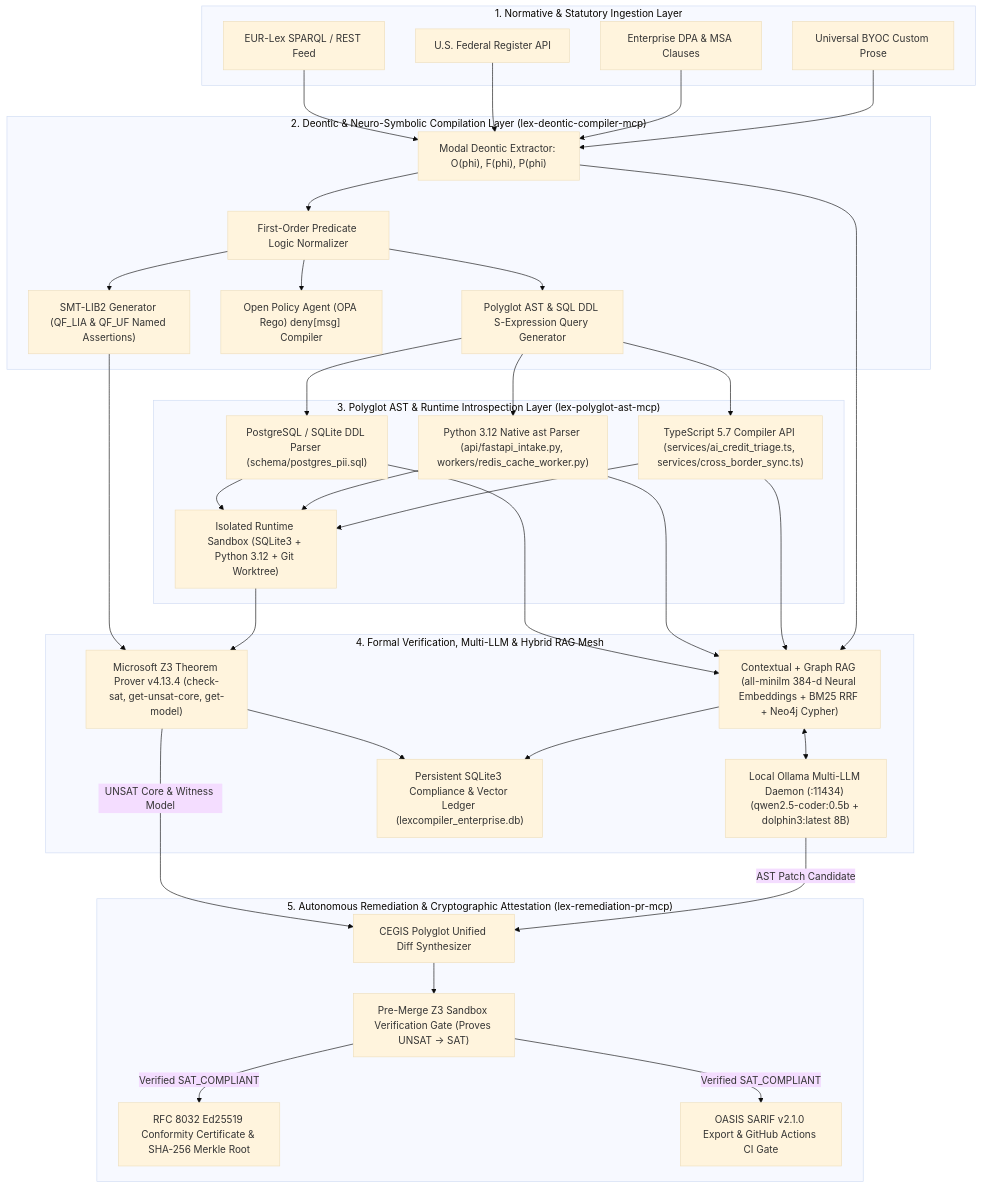
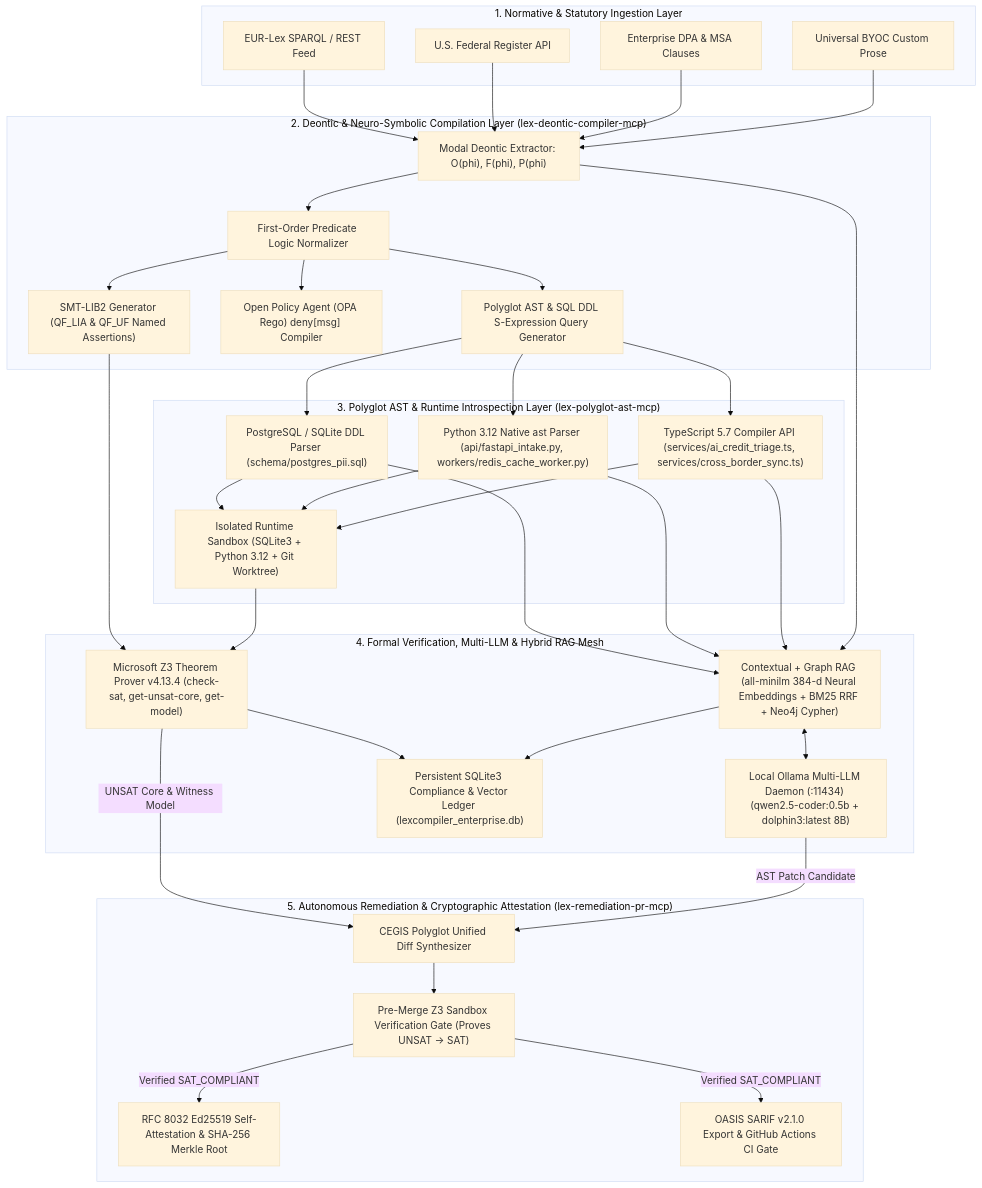
Before and after one commit to MRSHAKILS/LexCompiler: the diagram in README.md, drawn with Mermaid (base theme). The commit also changed other lines of this file and 20 other files, not shown here.

````diff
--- a/README.md
+++ b/README.md
@@ -24,55 +24,55 @@
 ```mermaid
 flowchart TB
     subgraph L1["1. Normative & Statutory Ingestion Layer"]
         EUR["EUR-Lex SPARQL / REST Feed"]
         FED["U.S. Federal Register API"]
         DPA["Enterprise DPA & MSA Clauses"]
         BYOC["Universal BYOC Custom Prose"]
     end
 
     subgraph L2["2. Deontic & Neuro-Symbolic Compilation Layer (lex-deontic-compiler-mcp)"]
         DEONTIC["Modal Deontic Extractor: O(phi), F(phi), P(phi)"]
         FOL["First-Order Predicate Logic Normalizer"]
         SMT["SMT-LIB2 Generator (QF_LIA & QF_UF Named Assertions)"]
         REGO["Open Policy Agent (OPA Rego) deny[msg] Compiler"]
         ASTQ["Polyglot AST & SQL DDL S-Expression Query Generator"]
     end
 
     subgraph L3["3. Polyglot AST & Runtime Introspection Layer (lex-polyglot-ast-mcp)"]
         SQL["PostgreSQL / SQLite DDL Parser (schema/postgres_pii.sql)"]
         PY["Python 3.12 Native ast Parser (api/fastapi_intake.py, workers/redis_cache_worker.py)"]
         TS["TypeScript 5.7 Compiler API (services/ai_credit_triage.ts, services/cross_border_sync.ts)"]
         SANDBOX["Isolated Runtime Sandbox (SQLite3 + Python 3.12 + Git Worktree)"]
     end
 
     subgraph L4["4. Formal Verification, Multi-LLM & Hybrid RAG Mesh"]
         Z3["Microsoft Z3 Theorem Prover v4.13.4 (check-sat, get-unsat-core, get-model)"]
         RAG["Contextual + Graph RAG (all-minilm 384-d Neural Embeddings + BM25 RRF + Neo4j Cypher)"]
         LLM["Local Ollama Multi-LLM Daemon (:11434) (qwen2.5-coder:0.5b + dolphin3:latest 8B)"]
         LEDGER["Persistent SQLite3 Compliance & Vector Ledger (lexcompiler_enterprise.db)"]
     end
 
     subgraph L5["5. Autonomous Remediation & Cryptographic Attestation (lex-remediation-pr-mcp)"]
         CEGIS["CEGIS Polyglot Unified Diff Synthesizer"]
         GATE["Pre-Merge Z3 Sandbox Verification Gate (Proves UNSAT -> SAT)"]
-        CERT["RFC 8032 Ed25519 Conformity Certificate & SHA-256 Merkle Root"]
+        CERT["RFC 8032 Ed25519 Self-Attestation & SHA-256 Merkle Root"]
         SARIF["OASIS SARIF v2.1.0 Export & GitHub Actions CI Gate"]
     end
 
     EUR & FED & DPA & BYOC --> DEONTIC
     DEONTIC --> FOL
     FOL --> SMT & REGO & ASTQ
     ASTQ --> SQL & PY & TS
     SQL & PY & TS --> SANDBOX
     SMT --> Z3
     SANDBOX --> Z3
     SQL & PY & TS --> RAG
     DEONTIC --> RAG
     RAG <--> LLM
     Z3 --> LEDGER
     RAG --> LEDGER
     Z3 -- "UNSAT Core & Witness Model" --> CEGIS
     LLM -- "AST Patch Candidate" --> CEGIS
     CEGIS --> GATE
     GATE -- "Verified SAT_COMPLIANT" --> CERT & SARIF
 ```
````
